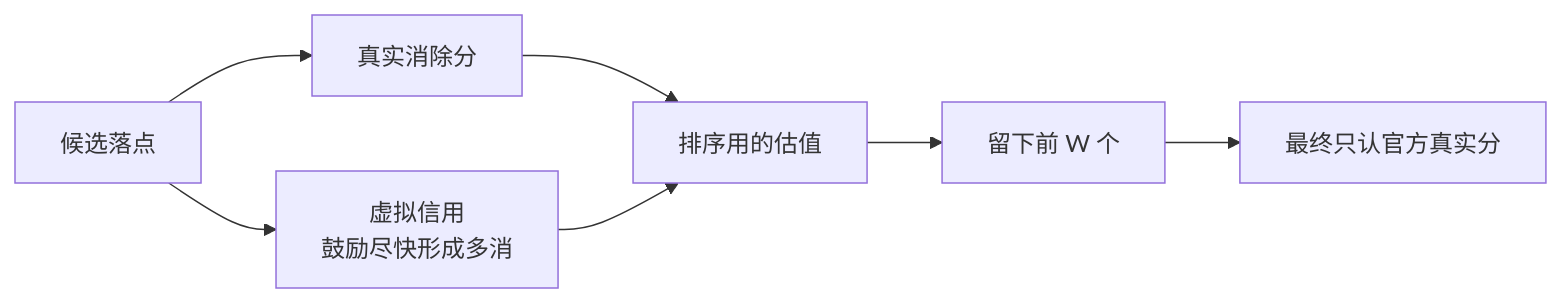
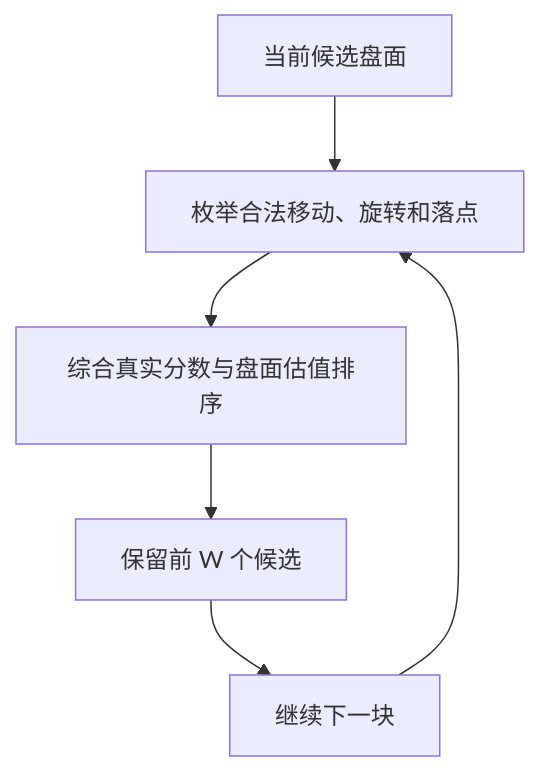
One commit to esrrhs/tetris-geek-challenge changed the second of 3 diagrams in docs/AI解法.md. Above: the diagram before and after it, drawn with Mermaid. The commit also changed other lines of this file and 6 other files, not shown here.

Commit message:
更新 AI 解法：1,407,098 分及图文说明

````diff
--- a/docs/AI解法.md
+++ b/docs/AI解法.md
@@ -146,9 +69,8 @@
 ```mermaid
-flowchart LR
-  A["候选落点"] --> B["真实消除分"]
-  A --> C["虚拟信用<br/>鼓励尽快形成多消"]
-  B --> D["排序用的估值"]
-  C --> D
-  D --> E["留下前 W 个"]
-  E --> F["最终只认官方真实分"]
+flowchart TB
+  A["当前候选盘面"] --> B["枚举合法移动、旋转和落点"]
+  B --> C["综合真实分数与盘面估值排序"]
+  C --> D["保留前 W 个候选"]
+  D --> E["继续下一块"]
+  E --> B
 ```
````
